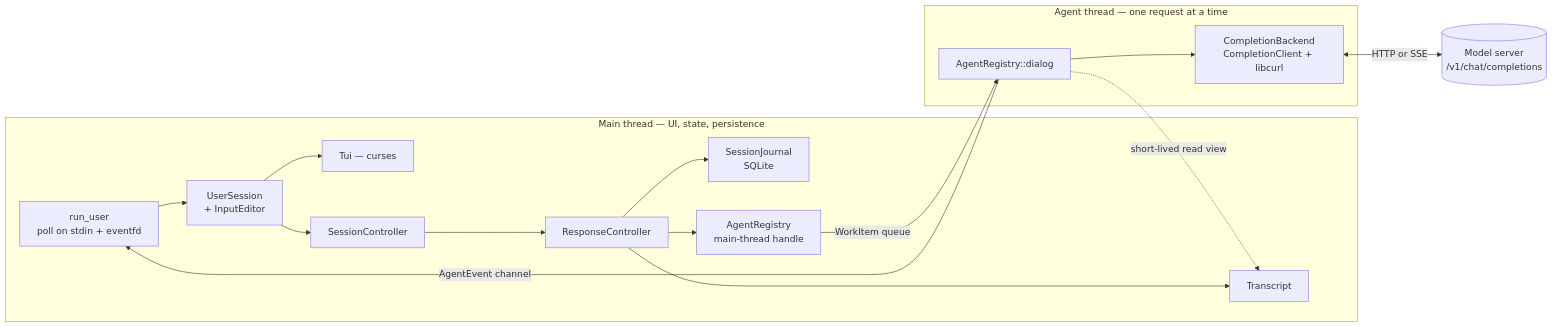
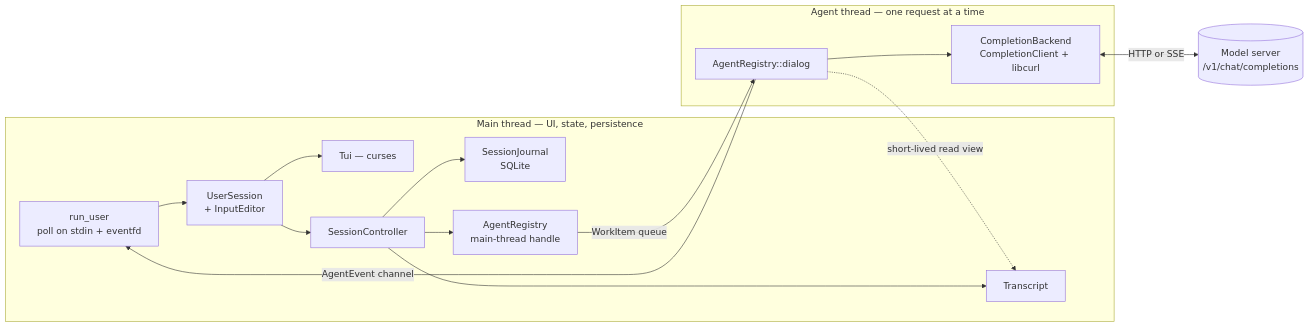
The first of 4 diagrams in src/README.md (michaelpopov/cha), drawn with Mermaid before and after one commit. The commit also changed other lines of this file and 7 other files, not shown here.

Commit message:
Folding ResponseController into SessionController

````diff
--- a/src/README.md
+++ b/src/README.md
@@ -83,33 +83,31 @@
 ```mermaid
 flowchart LR
     subgraph mainthread["Main thread — UI, state, persistence"]
         loop["run_user<br/>poll on stdin + eventfd"]
         usession["UserSession<br/>+ InputEditor"]
         tui["Tui — curses"]
         controller["SessionController"]
-        resp["ResponseController"]
         conv["Transcript"]
         journal["SessionJournal<br/>SQLite"]
         registry["AgentRegistry<br/>main-thread handle"]
     end
 
     subgraph agentthread["Agent thread — one request at a time"]
         dialog["AgentRegistry::dialog"]
         backend["CompletionBackend<br/>CompletionClient + libcurl"]
     end
 
     provider[("Model server<br/>/v1/chat/completions")]
 
     loop --> usession
     usession --> tui
     usession --> controller
-    controller --> resp
-    resp --> conv
-    resp --> journal
-    resp --> registry
+    controller --> conv
+    controller --> journal
+    controller --> registry
     registry -->|"WorkItem queue"| dialog
     dialog --> backend
     backend <-->|"HTTP or SSE"| provider
     dialog -->|"AgentEvent channel"| loop
     dialog -.->|"short-lived read view"| conv
 ```
````
